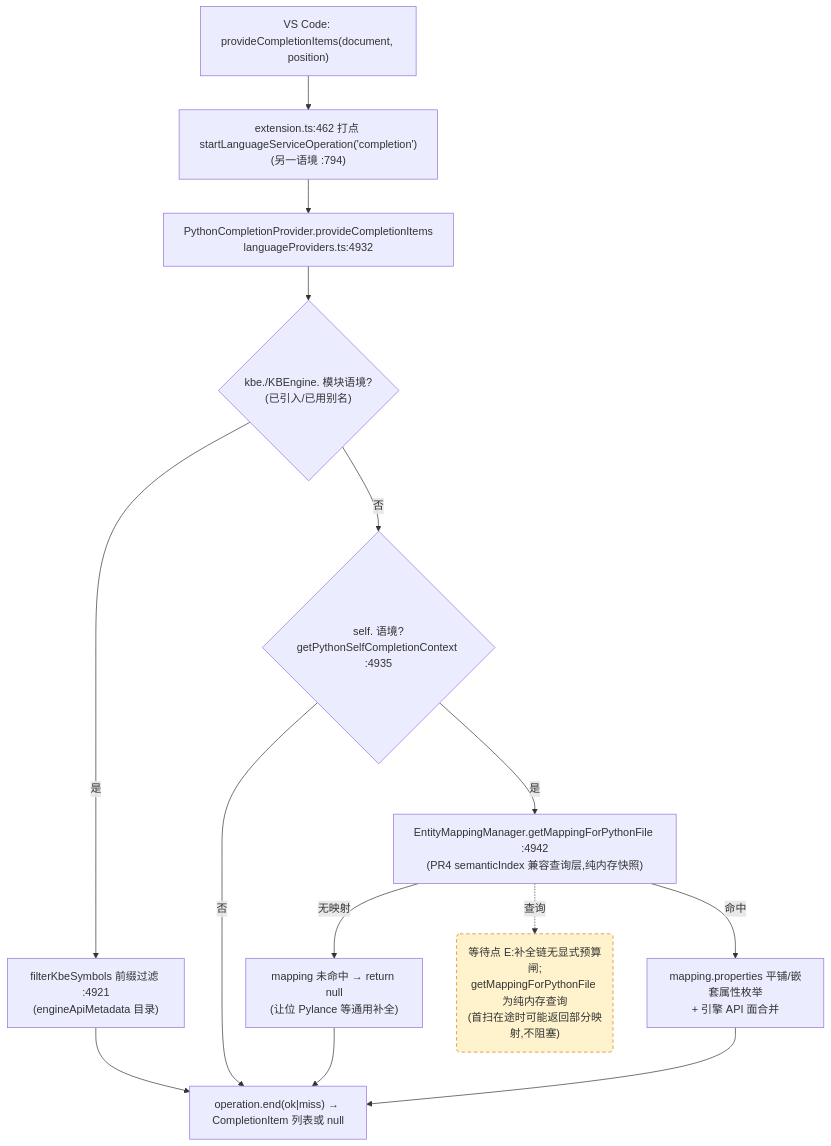
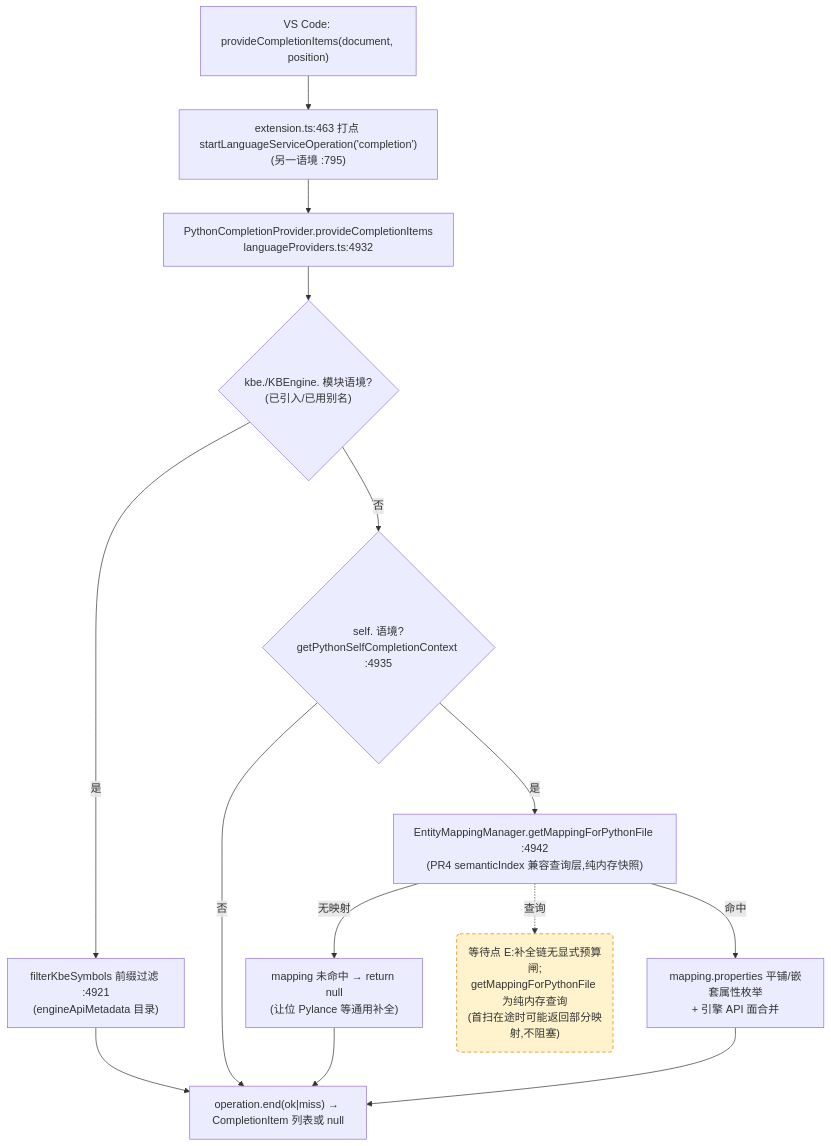
The third of 4 diagrams in docs/perf/2026-baseline.md (cuihairu/kode), drawn with Mermaid before and after one commit. The commit also changed other lines of this file and 5 other files, not shown here.

````diff
--- a/docs/perf/2026-baseline.md
+++ b/docs/perf/2026-baseline.md
@@ -184,27 +184,27 @@
 ```mermaid
 flowchart TD
   VC3["VS Code: provideCompletionItems(document, position)"]
-  M3["extension.ts:462 打点 startLanguageServiceOperation('completion')<br/>(另一语境 :794)"]
+  M3["extension.ts:463 打点 startLanguageServiceOperation('completion')<br/>(另一语境 :795)"]
   CP["PythonCompletionProvider.provideCompletionItems<br/>languageProviders.ts:4932"]
   KBEC{"kbe./KBEngine. 模块语境?<br/>(已引入/已用别名)"}
   FILTER["filterKbeSymbols 前缀过滤 :4921<br/>(engineApiMetadata 目录)"]
   SELFC{"self. 语境?<br/>getPythonSelfCompletionContext :4935"}
   MAP["EntityMappingManager.getMappingForPythonFile :4942<br/>(PR4 semanticIndex 兼容查询层,纯内存快照)"]
   NOMAP["mapping 未命中 → return null<br/>(让位 Pylance 等通用补全)"]
   PROPS["mapping.properties 平铺/嵌套属性枚举<br/>+ 引擎 API 面合并"]
   END3["operation.end(ok|miss) → CompletionItem 列表或 null"]
 
   VC3 --> M3 --> CP --> KBEC
   KBEC -- "是" --> FILTER --> END3
   KBEC -- "否" --> SELFC
   SELFC -- "否" --> END3
   SELFC -- "是" --> MAP
   MAP -- "无映射" --> NOMAP --> END3
   MAP -- "命中" --> PROPS --> END3
 
   WAITE("等待点 E:补全链无显式预算闸;<br/>getMappingForPythonFile 为纯内存查询<br/>(首扫在途时可能返回部分映射,不阻塞)")
   MAP -.->|查询| WAITE
 
   classDef waitPoint fill:#fff3cd,stroke:#d97706,stroke-dasharray:5 4;
   class WAITE waitPoint;
 ```
````
